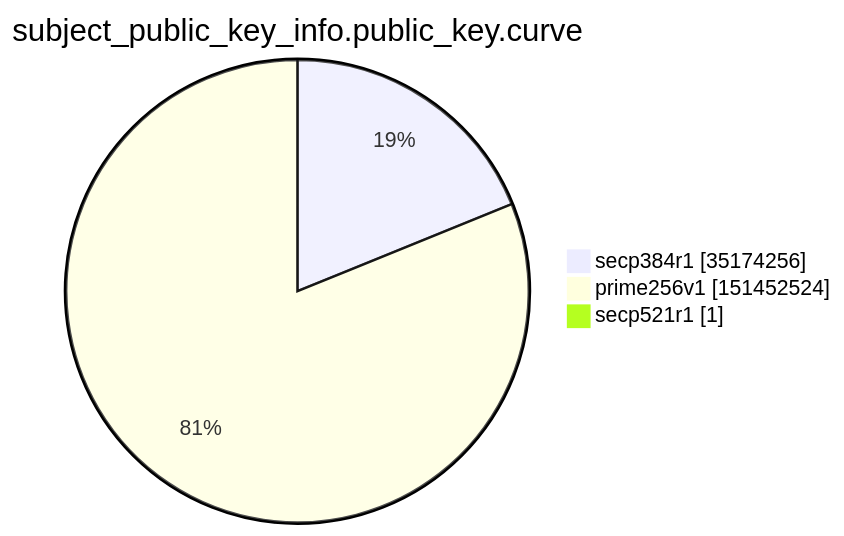
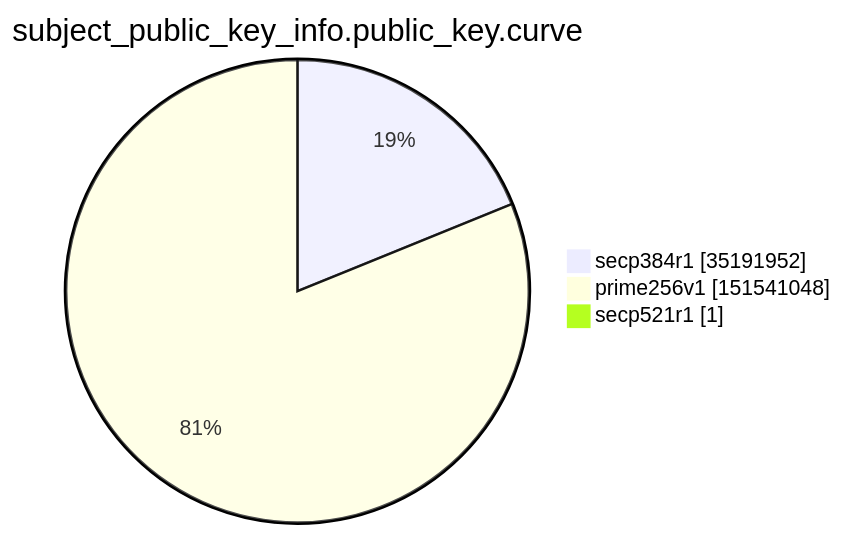
One commit to christiankrug/ctmonitor_visualization changed the ninth of 15 diagrams in argon2022/README.md. Above: the diagram before and after it, drawn with Mermaid. The commit also changed other lines of this file, not shown here.

````diff
--- a/argon2022/README.md
+++ b/argon2022/README.md
@@ -2765,7 +2765,7 @@
 ```mermaid
 pie showData
 title subject_public_key_info.public_key.curve
-"secp384r1" :35174256
-"prime256v1" :151452524
+"secp384r1" :35191952
+"prime256v1" :151541048
 "secp521r1" :1
 ```
````
